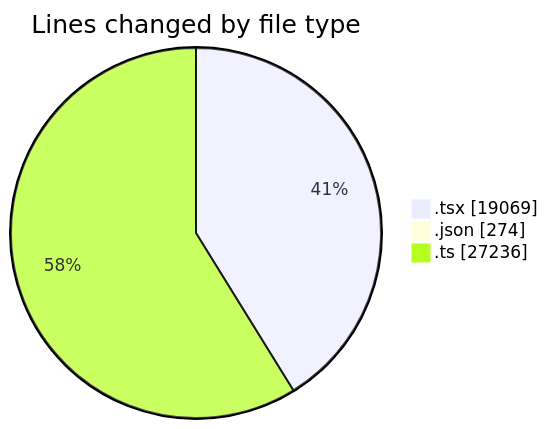
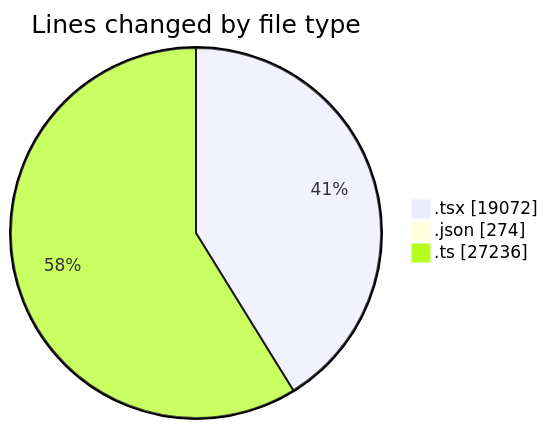
Before and after one commit to momahboobian/code-tracking: the first of 2 diagrams in 2026-11-13/broadcaster-v6-feature/README.md, drawn with Mermaid. The commit also changed other lines of this file and 1 other file, not shown here.

````diff
--- a/2026-11-13/broadcaster-v6-feature/README.md
+++ b/2026-11-13/broadcaster-v6-feature/README.md
@@ -86,7 +86,7 @@
 ```mermaid
 pie showData
 title Lines changed by file type
-".tsx" : 19069
+".tsx" : 19072
 ".json" : 274
 ".ts" : 27236
 ```
````
